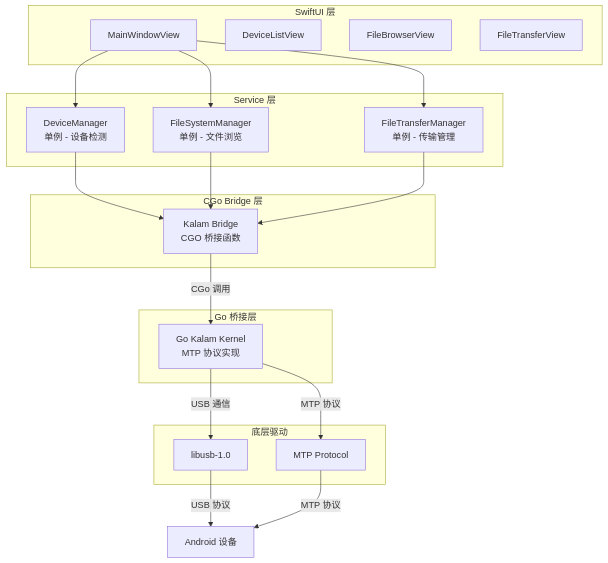
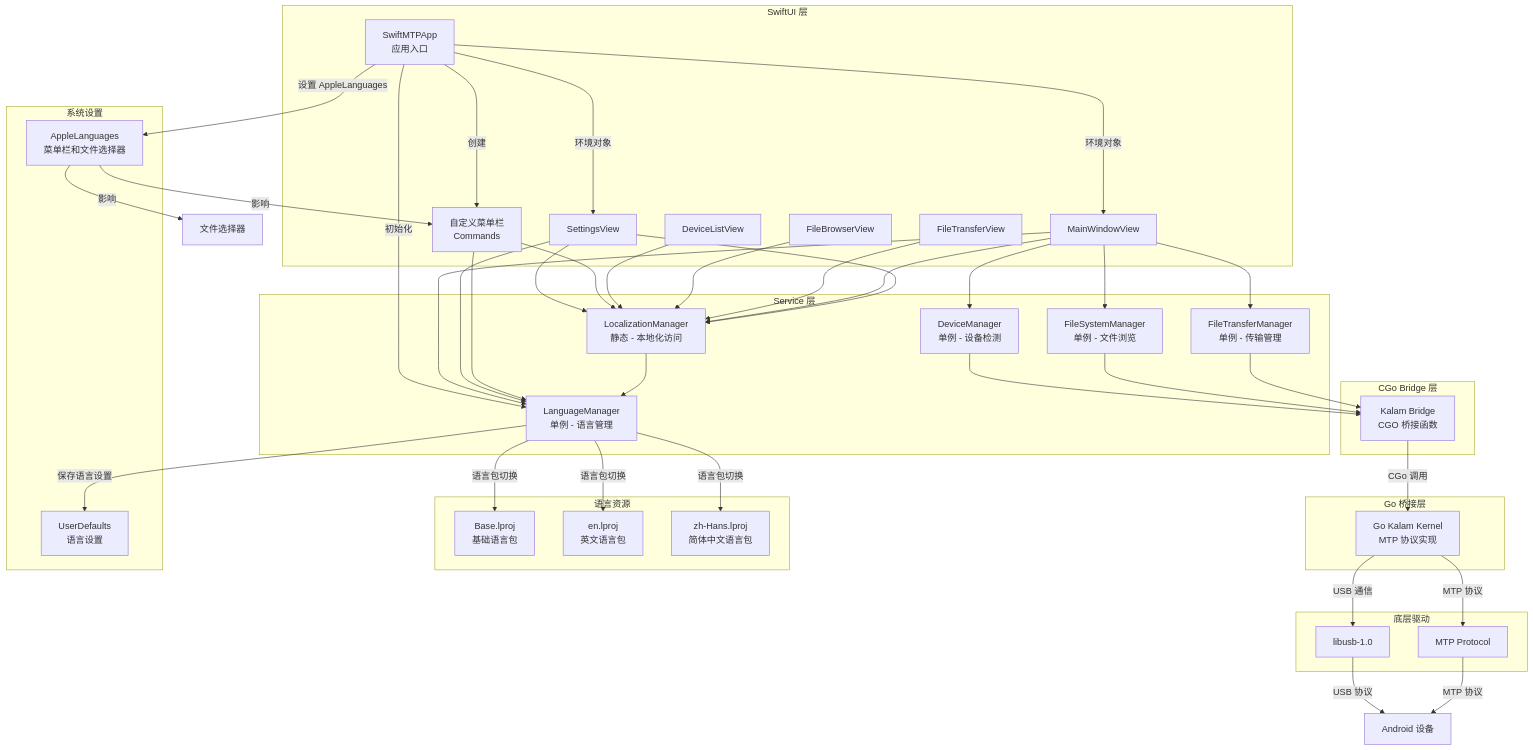
The sixth of 7 diagrams in docs/sequence-diagrams.md (wang93wei/SwiftMTP), drawn with Mermaid before and after one commit. The commit also changed other lines of this file and 23 other files, not shown here.

````diff
--- a/docs/sequence-diagrams.md
+++ b/docs/sequence-diagrams.md
@@ -275,16 +375,21 @@
 ```mermaid
 graph TB
     subgraph SwiftUI 层
+        APP[SwiftMTPApp<br/>应用入口]
         MV[MainWindowView]
         DL[DeviceListView]
         FB[FileBrowserView]
         FT[FileTransferView]
+        SV[SettingsView]
+        Menu[自定义菜单栏<br/>Commands]
     end
 
     subgraph Service 层
         DM[DeviceManager<br/>单例 - 设备检测]
         FSM[FileSystemManager<br/>单例 - 文件浏览]
         FTM[FileTransferManager<br/>单例 - 传输管理]
+        LM[LanguageManager<br/>单例 - 语言管理]
+        L10N[LocalizationManager<br/>静态 - 本地化访问]
     end
 
     subgraph CGo Bridge 层
@@ -300,13 +405,50 @@
         MTP[MTP Protocol]
     end
 
+    subgraph 语言资源
+        Base[Base.lproj<br/>基础语言包]
+        EN[en.lproj<br/>英文语言包]
+        ZH[zh-Hans.lproj<br/>简体中文语言包]
+    end
+
+    subgraph 系统设置
+        UD[UserDefaults<br/>语言设置]
+        AL[AppleLanguages<br/>菜单栏和文件选择器]
+    end
+
+    APP -->|初始化| LM
+    APP -->|设置 AppleLanguages| AL
+    APP -->|创建| Menu
+    APP -->|环境对象| MV
+    APP -->|环境对象| SV
+
     MV --> DM
     MV --> FSM
     MV --> FTM
+    MV --> LM
 
     DM --> Bridge
     FSM --> Bridge
     FTM --> Bridge
+
+    SV --> LM
+    SV --> L10N
+
+    Menu --> LM
+    Menu --> L10N
+
+    DL --> L10N
+    FB --> L10N
+    FT --> L10N
+    MV --> L10N
+    SV --> L10N
+
+    LM -->|保存语言设置| UD
+    LM -->|语言包切换| Base
+    LM -->|语言包切换| EN
+    LM -->|语言包切换| ZH
+
+    L10N --> LM
 
     Bridge -->|CGo 调用| Go
 
@@ -315,4 +457,7 @@
 
     USB -->|USB 协议| Device[Android 设备]
     MTP -->|MTP 协议| Device
+
+    AL -->|影响| Menu
+    AL -->|影响| Panel[文件选择器]
 ```
````
